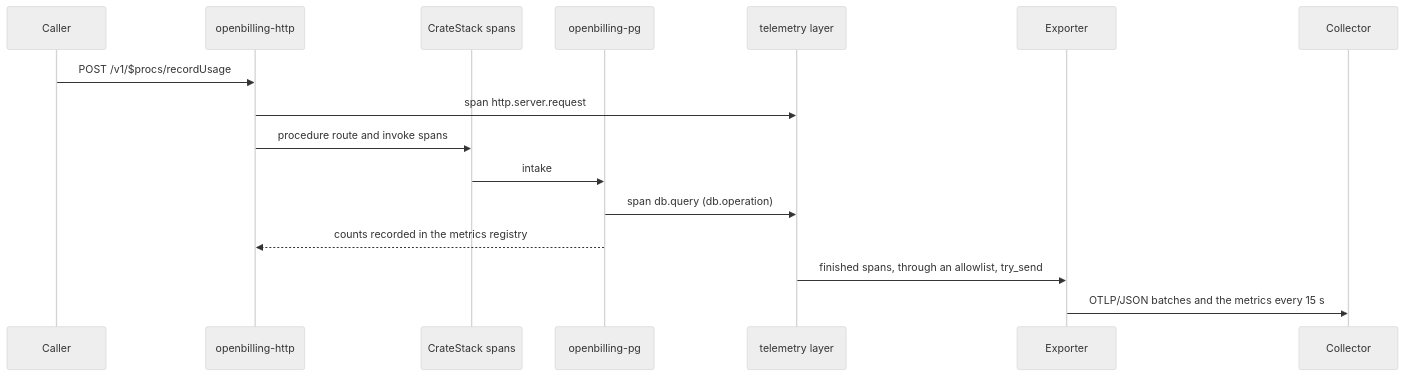
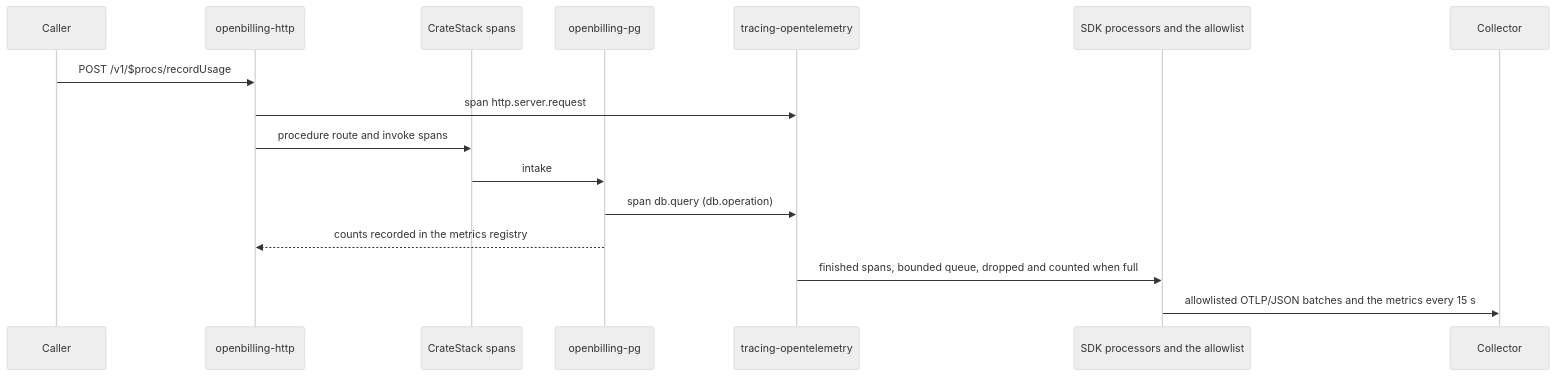
The first of 2 diagrams in docs/adr/0007-opentelemetry-through-a-layer-over-cratestacks-spans.md (vaam-apps/openbilling-rs), drawn with Mermaid (neutral theme) before and after one commit. The commit also changed other lines of this file and 26 other files, not shown here.

First line of the commit message:
feat(telemetry): export through the OpenTelemetry SDK, and generate the dashboards with Python (#23)

````diff
--- a/docs/adr/0007-opentelemetry-through-a-layer-over-cratestacks-spans.md
+++ b/docs/adr/0007-opentelemetry-through-a-layer-over-cratestacks-spans.md
@@ -43,18 +58,18 @@
 ```mermaid
 sequenceDiagram
   participant C as Caller
   participant H as openbilling-http
   participant K as CrateStack spans
   participant P as openbilling-pg
-  participant L as telemetry layer
-  participant X as Exporter
+  participant L as tracing-opentelemetry
+  participant X as SDK processors and the allowlist
   participant O as Collector
   C->>H: POST /v1/$procs/recordUsage
   H->>L: span http.server.request
   H->>K: procedure route and invoke spans
   K->>P: intake
   P->>L: span db.query (db.operation)
   P-->>H: counts recorded in the metrics registry
-  L->>X: finished spans, through an allowlist, try_send
-  X->>O: OTLP/JSON batches and the metrics every 15 s
+  L->>X: finished spans, bounded queue, dropped and counted when full
+  X->>O: allowlisted OTLP/JSON batches and the metrics every 15 s
 ```
````
